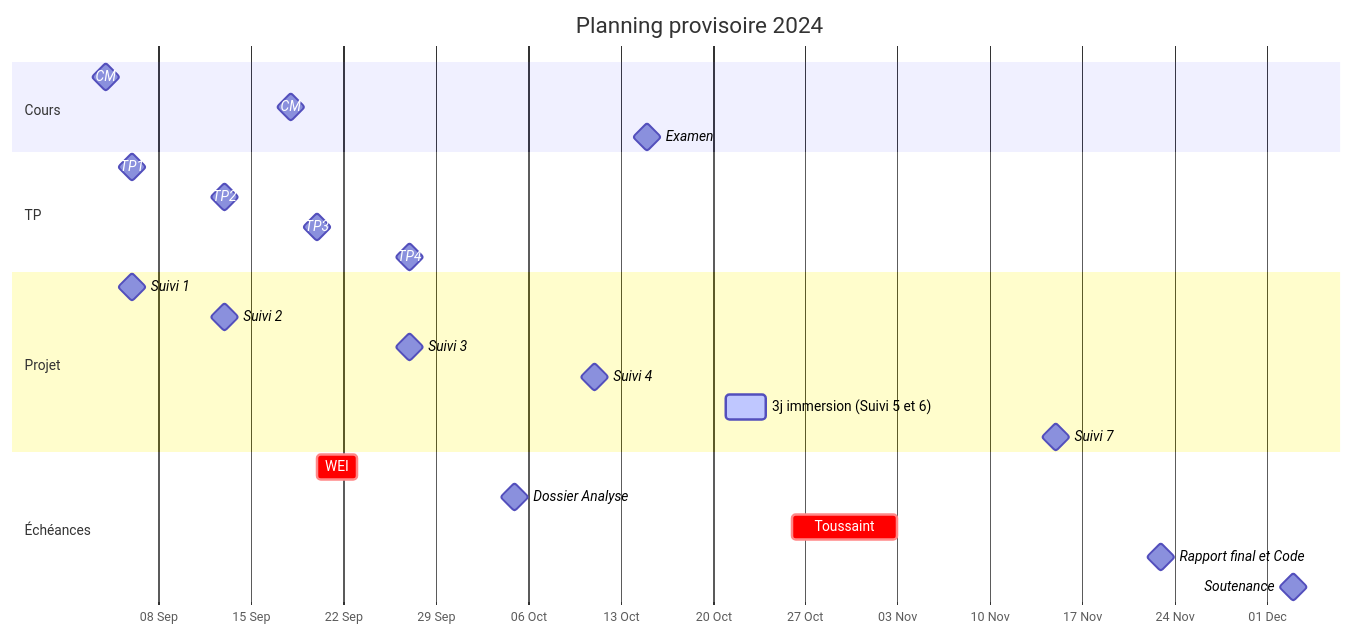
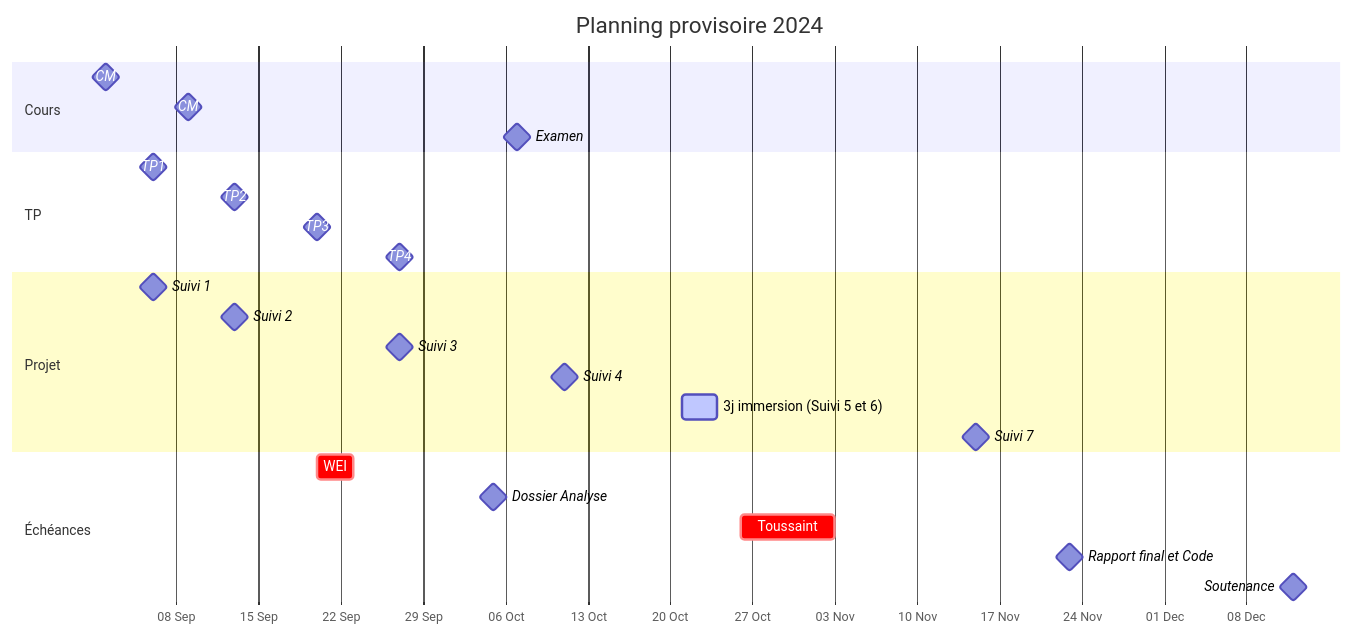
The diagram in quarto-site/doc/presentation-tuteurs.qmd (ludo2ne/ENSAI-2A-Projet-info), drawn with Mermaid before and after one commit.

Commit message:
dates v2

````diff
--- a/quarto-site/doc/presentation-tuteurs.qmd
+++ b/quarto-site/doc/presentation-tuteurs.qmd
@@ -121,35 +121,35 @@
 ```{mermaid}
 gantt
     title Planning provisoire 2024
     dateFormat  YYYY-MM-DD
     axisFormat  %d %b
     tickInterval 1week
     
     section Cours
-    CM                           :milestone, 2024-09-04,
-    CM                           :milestone, 2024-09-18, 
-    Examen                       :milestone, 2024-10-15,
+    CM                           :milestone, 2024-09-02,
+    CM                           :milestone, 2024-09-09, 
+    Examen                       :milestone, 2024-10-07,
     
     section TP
     TP1                          :milestone, 2024-09-06,
     TP2                          :milestone, 2024-09-13,
     TP3                          :milestone, 2024-09-20,
     TP4                          :milestone, 2024-09-27,
     
     section Projet
     Suivi 1                      :milestone, 2024-09-06,
     Suivi 2                      :milestone, 2024-09-13,
     Suivi 3                      :milestone, 2024-09-27,
     Suivi 4                      :milestone, 2024-10-11,
     3j immersion (Suivi 5 et 6)  :active,    2024-10-21, 3d
     Suivi 7                      :milestone, 2024-11-15,
     
     section Échéances
     WEI                          :crit,      2024-09-20, 3d
     Dossier Analyse              :milestone, 2024-10-05,
     Toussaint                    :crit,      2024-10-26, 2024-11-03
     Rapport final et Code        :milestone, 2024-11-23,
-    Soutenance                   :milestone, 2024-12-03,
+    Soutenance                   :milestone, 2024-12-12,
     
     %%Stats univariées retraités   :done,         2021-11-28, 3d
 ```
````
